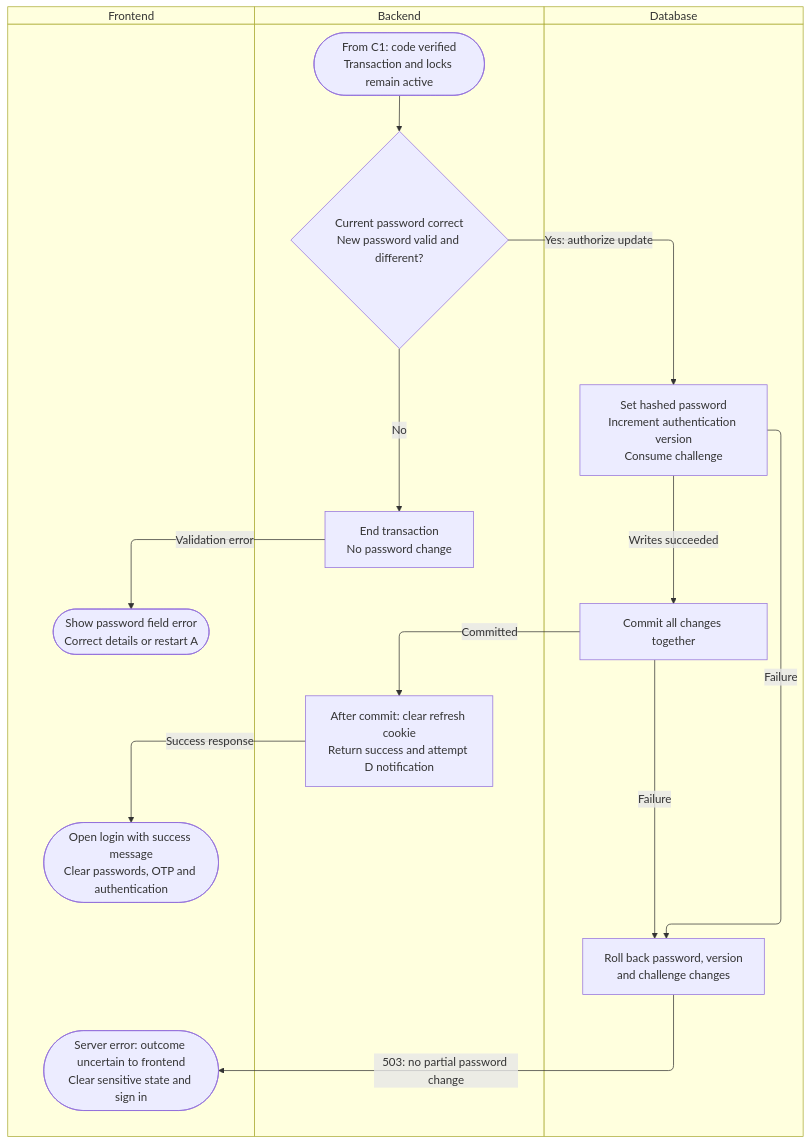
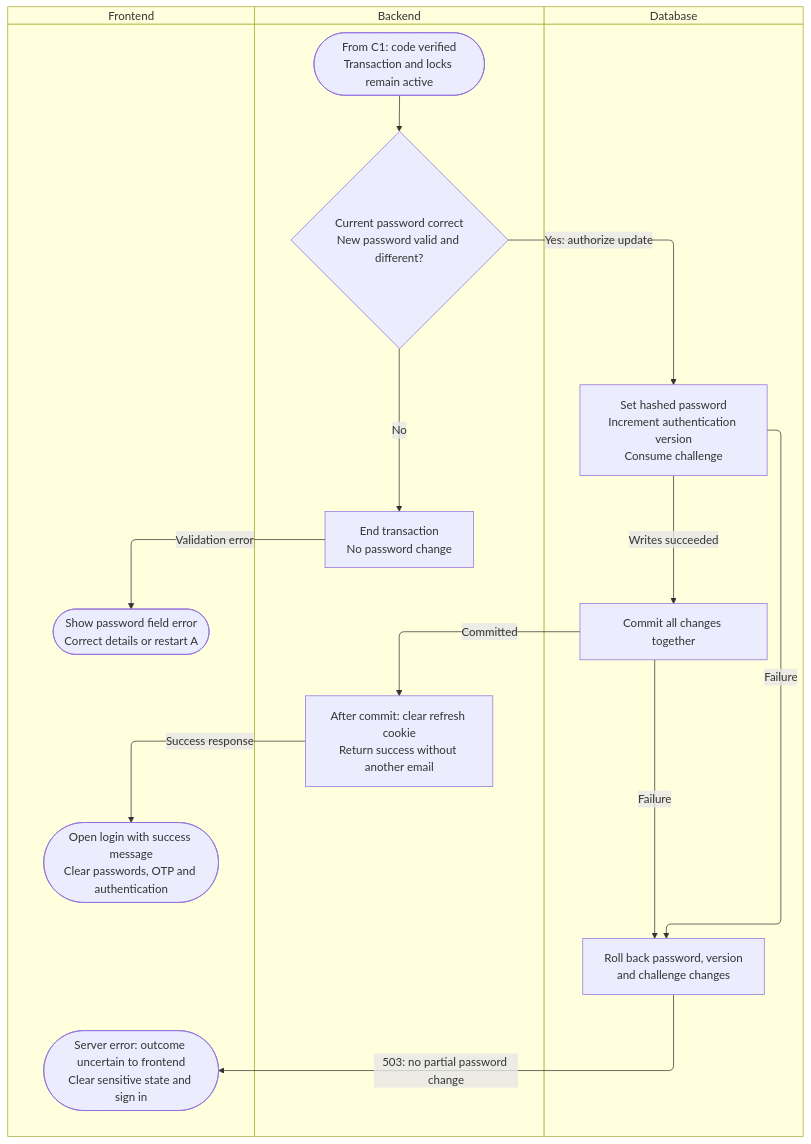
The fourth of 5 diagrams in diagrams/specific-business-processes/account/change-password.md (RHILIUS/E-Commerce-Docs), drawn with Mermaid before and after one commit. The commit also changed other lines of this file and 1 other file, not shown here.

Commit message:
ERD: update change password documentation to include Celery OTP delivery and clarify email notification handling

````diff
--- a/diagrams/specific-business-processes/account/change-password.md
+++ b/diagrams/specific-business-processes/account/change-password.md
@@ -138,29 +134,29 @@
 ```mermaid
 swimlane-beta TB
     subgraph C2_UI["Frontend"]
         C2_error(["Show password field error<br/>Correct details or restart A"])
         C2_unknown(["Server error: outcome uncertain to frontend<br/>Clear sensitive state and sign in"])
         C2_done(["Open login with success message<br/>Clear passwords, OTP and authentication"])
     end
     subgraph C2_API["Backend"]
         C2_start(["From C1: code verified<br/>Transaction and locks remain active"])
         C2_password{"Current password correct<br/>New password valid and different?"}
         C2_reject["End transaction<br/>No password change"]
-        C2_success["After commit: clear refresh cookie<br/>Return success and attempt D notification"]
+        C2_success["After commit: clear refresh cookie<br/>Return success without another email"]
         C2_start --> C2_password
         C2_password -->|No| C2_reject
     end
     subgraph C2_DB["Database"]
         C2_write["Set hashed password<br/>Increment authentication version<br/>Consume challenge"]
         C2_commit["Commit all changes together"]
         C2_rollback["Roll back password, version<br/>and challenge changes"]
         C2_write -->|Writes succeeded| C2_commit
         C2_write -->|Failure| C2_rollback
         C2_commit -->|Failure| C2_rollback
     end
     C2_reject -->|Validation error| C2_error
     C2_password -->|Yes: authorize update| C2_write
     C2_rollback -->|503: no partial password change| C2_unknown
     C2_commit -->|Committed| C2_success
     C2_success -->|Success response| C2_done
 ```
````
